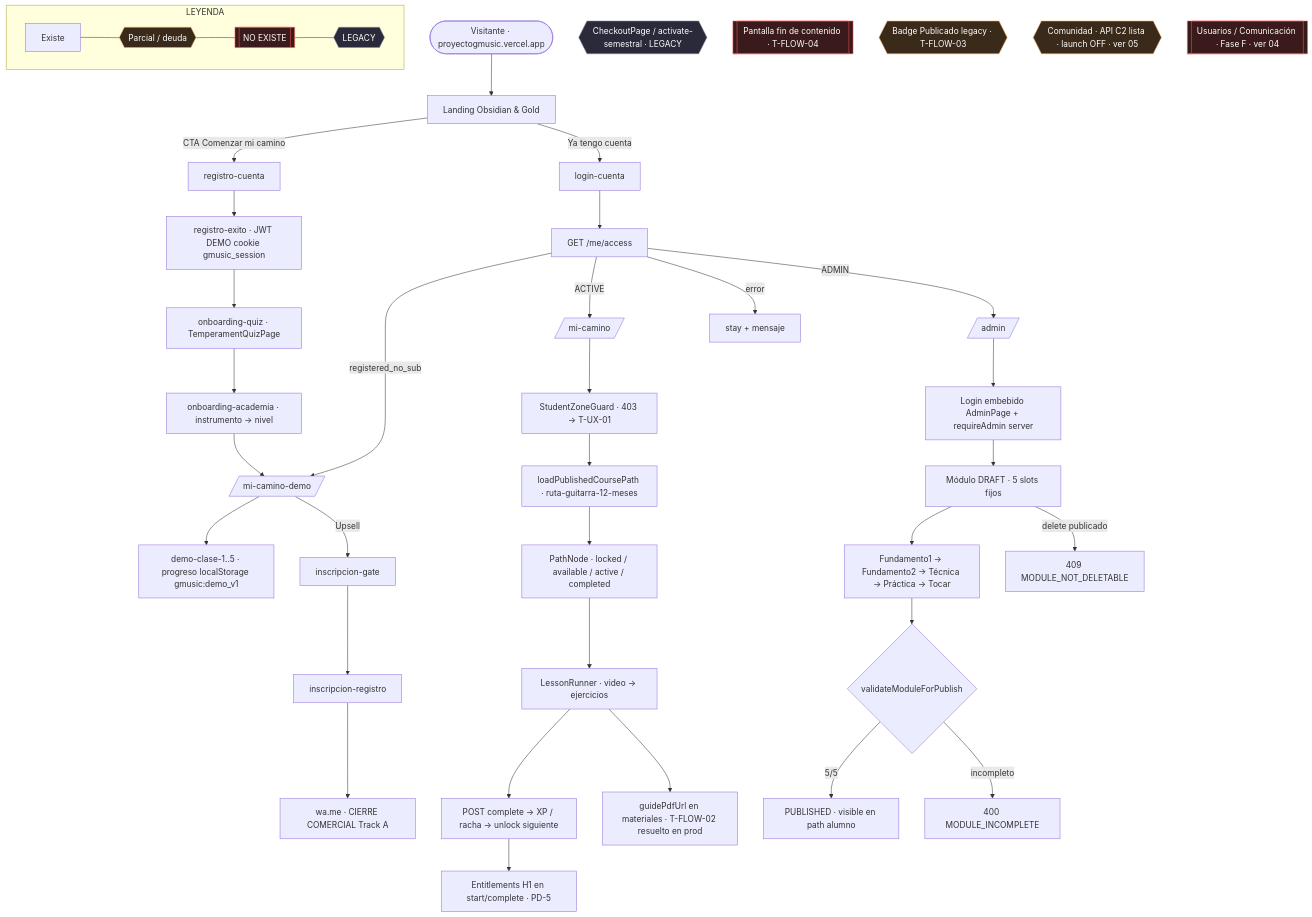
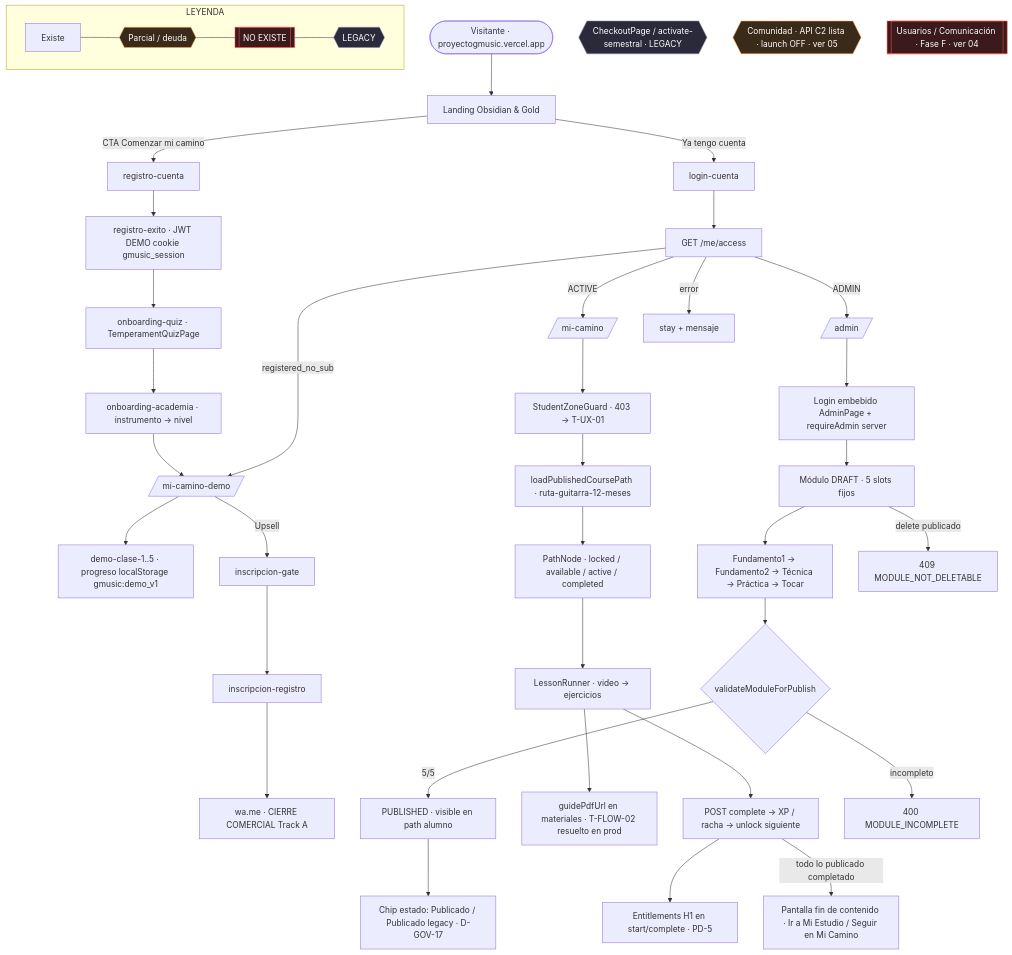
Before and after one commit to gmusicproyect/proyectogmusic: the diagram in Página de cursos de música/docs/flows/00-mapa-maestro.md, drawn with Mermaid. The commit also changed other lines of this file and 13 other files, not shown here.

First line of the commit message:
flows: cerrar T-FLOW-04 y T-FLOW-03 + evidencia T-FLOW-05 (pagina completa)

````diff
--- a/Página de cursos de música/docs/flows/00-mapa-maestro.md
+++ b/Página de cursos de música/docs/flows/00-mapa-maestro.md
@@ -29,60 +29,58 @@
 ```mermaid
 flowchart TD
     subgraph LEYENDA
         L1[Existe] --- L2{{Parcial / deuda}} --- L3[["NO EXISTE"]] --- L4{{LEGACY}}
     end
     style L2 fill:#3a2a1a,stroke:#ffaa55,color:#fff
     style L3 fill:#3a1a1a,stroke:#ff5555,color:#fff
     style L4 fill:#2a2a3a,stroke:#8888aa,color:#fff
 
     %% ── ADQUISICIÓN (detalle en 01) ──
     Start([Visitante · proyectogmusic.vercel.app]) --> Landing[Landing Obsidian & Gold]
     Landing -->|CTA Comenzar mi camino| Registro[registro-cuenta]
     Registro --> RegExito[registro-exito · JWT DEMO cookie gmusic_session]
     RegExito --> Quiz[onboarding-quiz · TemperamentQuizPage]
     Quiz --> OnbAcad[onboarding-academia · instrumento → nivel]
     OnbAcad --> DemoPath[/mi-camino-demo/]
 
     %% ── DEMO ──
     DemoPath --> DemoClases[demo-clase-1..5 · progreso localStorage gmusic:demo_v1]
     DemoPath -->|Upsell| InsGate[inscripcion-gate] --> InsReg[inscripcion-registro]
     InsReg --> WA[wa.me · CIERRE COMERCIAL Track A]
     Checkout{{CheckoutPage / activate-semestral · LEGACY}}
     style Checkout fill:#2a2a3a,stroke:#8888aa,color:#fff
 
     %% ── LOGIN (detalle en 01) ──
     Landing -->|Ya tengo cuenta| Login[login-cuenta]
     Login --> Access[GET /me/access]
     Access -->|ADMIN| AdminHome[/admin/]
     Access -->|ACTIVE| MiCamino[/mi-camino/]
     Access -->|registered_no_sub| DemoPath
     Access -->|error| Stay[stay + mensaje]
 
     %% ── ALUMNO (detalle en 02) ──
     MiCamino --> Guard[StudentZoneGuard · 403 → T-UX-01]
     Guard --> Path[loadPublishedCoursePath · ruta-guitarra-12-meses]
     Path --> Nodo[PathNode · locked / available / active / completed]
     Nodo --> Runner[LessonRunner · video → ejercicios]
     Runner --> Complete[POST complete → XP / racha → unlock siguiente]
     Runner --> PDF[guidePdfUrl en materiales · T-FLOW-02 resuelto en prod]
     Complete --> PD5[Entitlements H1 en start/complete · PD-5]
-    FinCamino[["Pantalla fin de contenido · T-FLOW-04"]]
-    style FinCamino fill:#3a1a1a,stroke:#ff5555,color:#fff
+    Complete -->|todo lo publicado completado| FinCamino[Pantalla fin de contenido · Ir a Mi Estudio / Seguir en Mi Camino]
 
     %% ── ADMIN (detalle en 03) ──
     AdminHome --> AdminAuth[Login embebido AdminPage + requireAdmin server]
     AdminAuth --> CRUD[Módulo DRAFT · 5 slots fijos]
     CRUD --> Etapas[Fundamento1 → Fundamento2 → Técnica → Práctica → Tocar]
     Etapas --> Publish{validateModuleForPublish}
     Publish -->|5/5| Published[PUBLISHED · visible en path alumno]
     Publish -->|incompleto| Err400[400 MODULE_INCOMPLETE]
     CRUD -->|delete publicado| Err409[409 MODULE_NOT_DELETABLE]
-    BadgeLegacy{{Badge Publicado legacy · T-FLOW-03}}
-    style BadgeLegacy fill:#3a2a1a,stroke:#ffaa55,color:#fff
+    Published --> BadgeLegacy[Chip estado: Publicado / Publicado legacy · D-GOV-17]
 
     %% ── FUERA DE SPRINT ──
     Comunidad{{Comunidad · API C2 lista · launch OFF · ver 05}}
     FaseF[["Usuarios / Comunicación · Fase F · ver 04"]]
     style Comunidad fill:#3a2a1a,stroke:#ffaa55,color:#fff
     style FaseF fill:#3a1a1a,stroke:#ff5555,color:#fff
 ```
````
